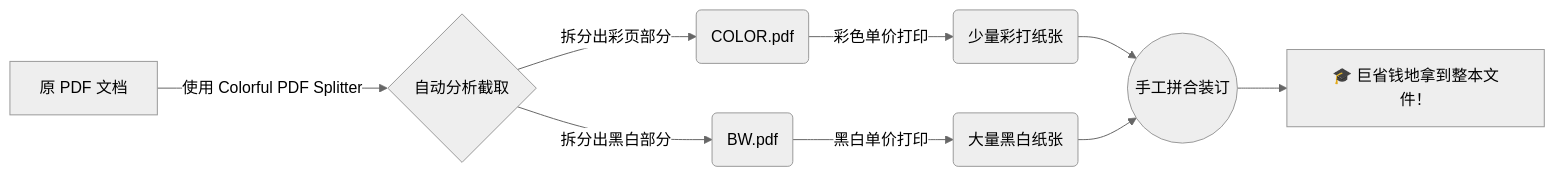
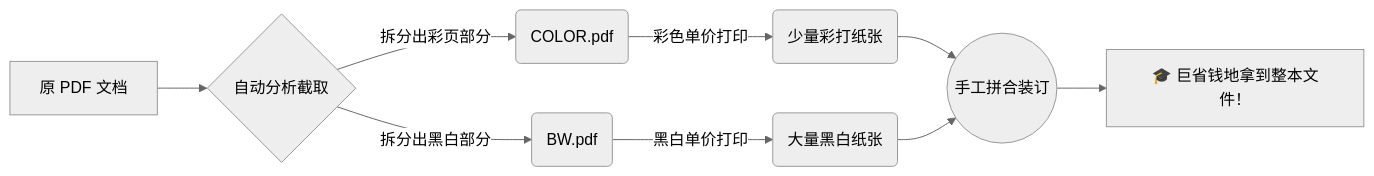
Before and after one commit to chuanwise/colorful-pdf-splitter: the diagram in README.md, drawn with Mermaid (neutral theme).

Commit message:
feat: 优化流程图

````diff
--- a/README.md
+++ b/README.md
@@ -6,11 +6,11 @@
 ```mermaid
 graph LR
-    A2[原 PDF 文档] -->|使用 Colorful PDF Splitter| B2{自动分析截取}
+    A2[原 PDF 文档] --> B2{自动分析截取}
     B2 -->|拆分出彩页部分| C2(COLOR.pdf)
     B2 -->|拆分出黑白部分| D2(BW.pdf)
     C2 -->|彩色单价打印| E2(少量彩打纸张)
     D2 -->|黑白单价打印| F2(大量黑白纸张)
     E2 --> G2((手工拼合装订))
     F2 --> G2
     G2 --> H2[🎓 巨省钱地拿到整本文件！]
 ```
````
